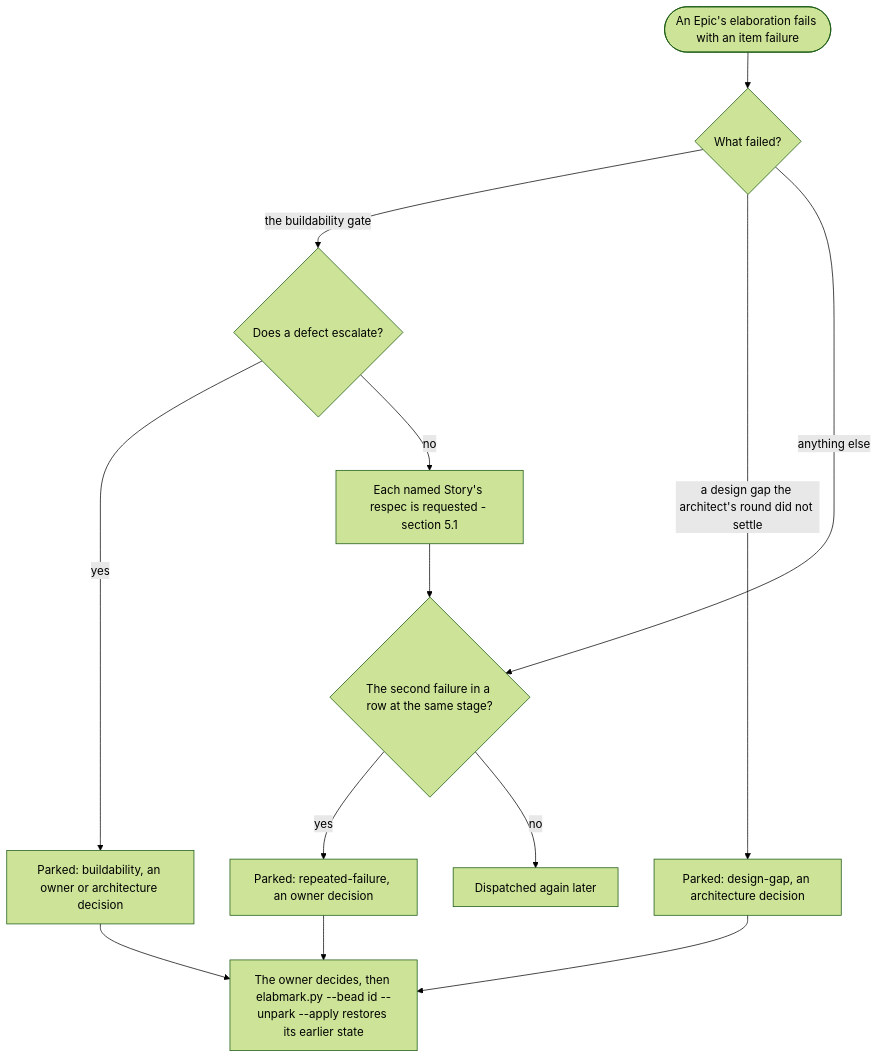
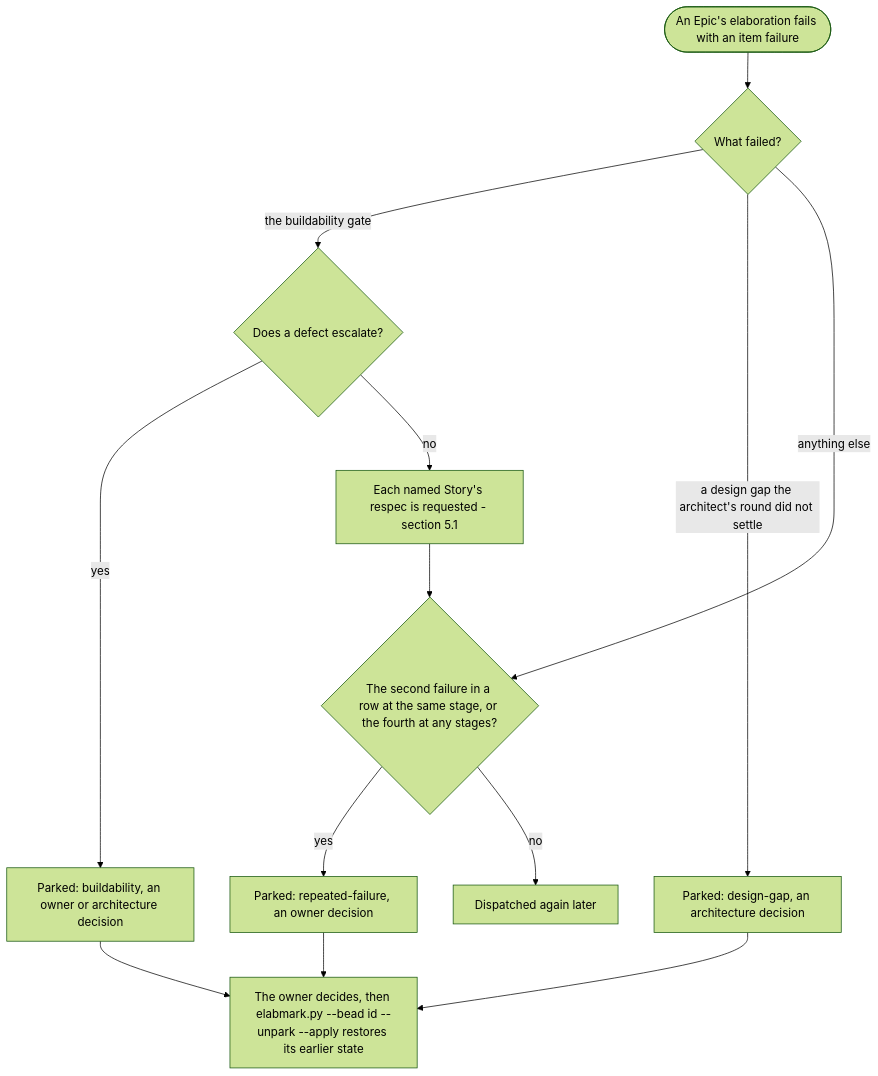
One commit to mark-satterfield/toolset changed the ninth of 10 diagrams in plugins/agent-teams-workforce/blueprint/design/pipelines-driver.md. Above: the diagram before and after it, drawn with Mermaid (forest theme). The commit also changed other lines of this file and 9 other files, not shown here.

````diff
--- a/plugins/agent-teams-workforce/blueprint/design/pipelines-driver.md
+++ b/plugins/agent-teams-workforce/blueprint/design/pipelines-driver.md
@@ -475,15 +486,15 @@
 ```mermaid
 flowchart TD
     f(["An Epic's elaboration fails with an item failure"]) --> c{"What failed?"}
     c -->|"the buildability gate"| bg{"Does a defect escalate?"}
     bg -->|"yes"| pk["Parked: buildability, an owner or architecture decision"]
     bg -->|"no"| rq["Each named Story's respec is requested - section 5.1"]
     c -->|"a design gap the architect's round did not settle"| pd["Parked: design-gap, an architecture decision"]
-    c -->|"anything else"| st{"The second failure in a row at the same stage?"}
+    c -->|"anything else"| st{"The second failure in a row at the same stage, or the fourth at any stages?"}
     rq --> st
     st -->|"yes"| pr["Parked: repeated-failure, an owner decision"]
     st -->|"no"| again["Dispatched again later"]
     pk --> own["The owner decides, then elabmark.py --bead id --unpark --apply restores its earlier state"]
     pd --> own
     pr --> own
 ```
````
